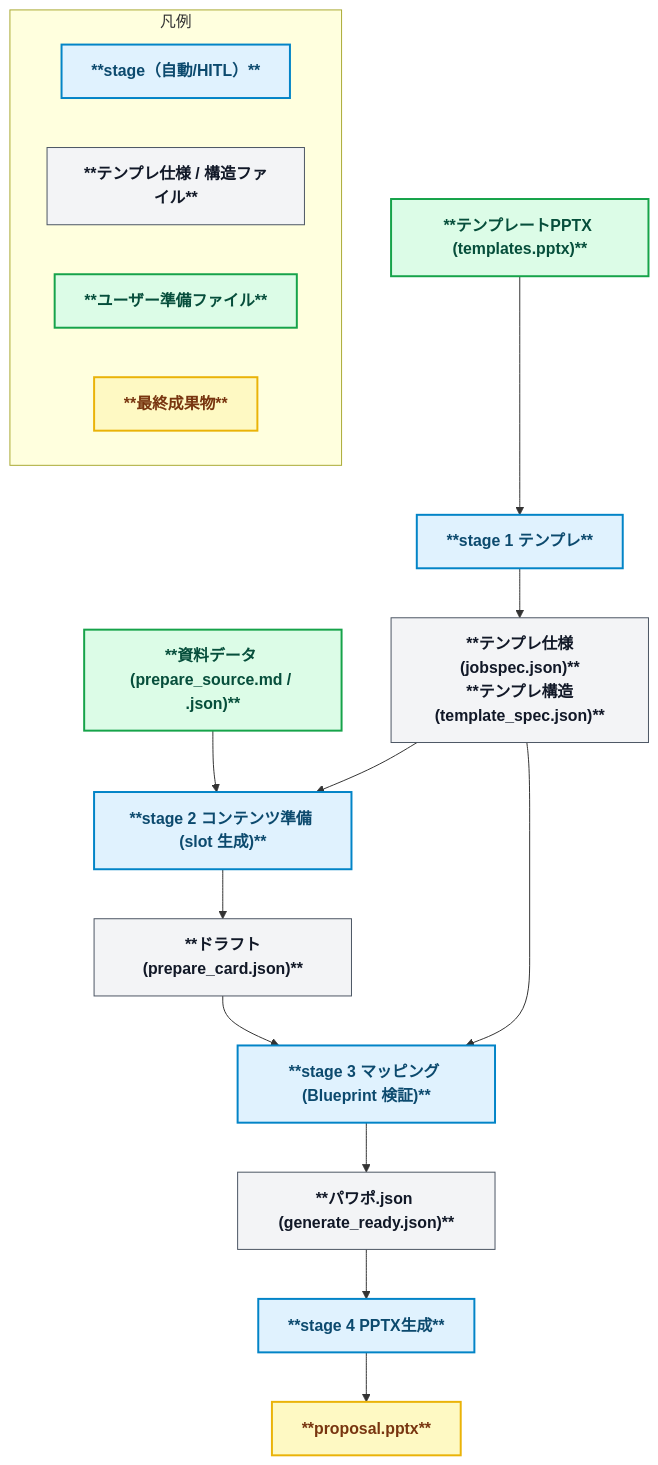
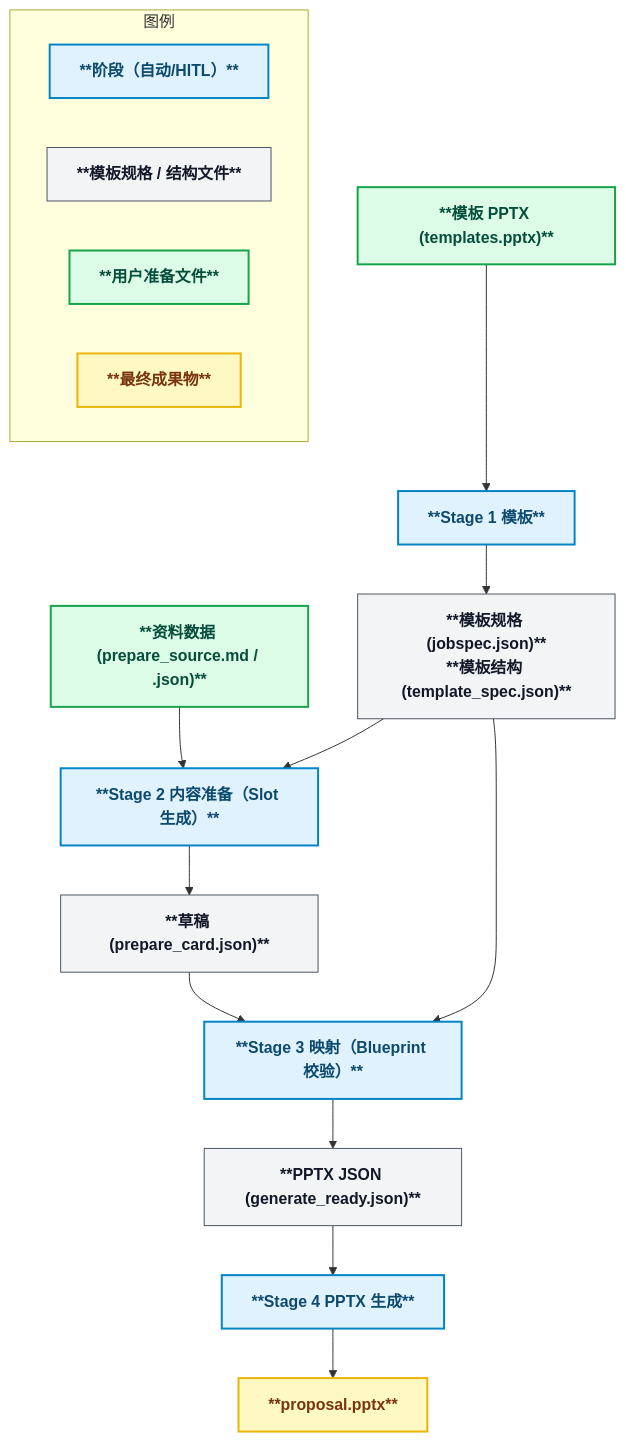
The second of 2 diagrams in README.zh.md (yurake/pptx_generator), drawn with Mermaid before and after one commit. The commit also changed other lines of this file and 1 other file, not shown here.

Commit message:
docs(readme): localize mermaid labels

````diff
--- a/README.zh.md
+++ b/README.zh.md
@@ -101,36 +101,36 @@
 ```mermaid
 flowchart TD
   %% ======= Styles =======
   classDef stage fill:#e0f2fe,stroke:#0284c7,stroke-width:2px,color:#0c4a6e,font-weight:bold;
   classDef file fill:#f3f4f6,stroke:#4b5563,stroke-width:1px,color:#111827,font-weight:bold;
   classDef userfile fill:#dcfce7,stroke:#16a34a,stroke-width:2px,color:#064e3b,font-weight:bold;
   classDef final fill:#fef9c3,stroke:#eab308,stroke-width:2px,color:#78350f,font-weight:bold;
 
   %% ======= Stage 1 =======
-  TmplStatic["**テンプレートPPTX (templates.pptx)**"]:::userfile --> S1Static["**stage 1 テンプレ**"]:::stage
-  S1Static --> SpecStatic["**テンプレ仕様(jobspec.json)**<br/>**テンプレ構造(template_spec.json)**"]:::file
+  TmplStatic["**模板 PPTX (templates.pptx)**"]:::userfile --> S1Static["**Stage 1 模板**"]:::stage
+  S1Static --> SpecStatic["**模板规格 (jobspec.json)**<br/>**模板结构 (template_spec.json)**"]:::file
 
   %% ======= Stage 2 =======
-  PrepareStatic["**資料データ (prepare_source.md / .json)**"]:::userfile --> S2Static["**stage 2 コンテンツ準備 (slot 生成)**"]:::stage
+  PrepareStatic["**资料数据 (prepare_source.md / .json)**"]:::userfile --> S2Static["**Stage 2 内容准备（Slot 生成）**"]:::stage
   SpecStatic --> S2Static
-  S2Static --> PrepareCardsStatic["**ドラフト(prepare_card.json)**"]:::file
+  S2Static --> PrepareCardsStatic["**草稿 (prepare_card.json)**"]:::file
   PrepareCardsStatic --> S3Static
 
   %% ======= Stage 3 =======
-  S3Static["**stage 3 マッピング (Blueprint 検証)**"]:::stage
+  S3Static["**Stage 3 映射（Blueprint 校验）**"]:::stage
   SpecStatic --> S3Static
-  S3Static --> ReadyStatic["**パワポ.json (generate_ready.json)**"]:::file
+  S3Static --> ReadyStatic["**PPTX JSON (generate_ready.json)**"]:::file
 
   %% ======= Stage 4 =======
-  ReadyStatic --> S4Static["**stage 4 PPTX生成**"]:::stage
+  ReadyStatic --> S4Static["**Stage 4 PPTX 生成**"]:::stage
   S4Static --> PPTXStatic["**proposal.pptx**"]:::final
 
   %% ======= Legend =======
-  subgraph LegendStatic[凡例]
+  subgraph LegendStatic[图例]
     direction LR
-    B1["**stage（自動/HITL）**"]:::stage
-    B2["**テンプレ仕様 / 構造ファイル**"]:::file
-    B3["**ユーザー準備ファイル**"]:::userfile
-    B4["**最終成果物**"]:::final
+    B1["**阶段（自动/HITL）**"]:::stage
+    B2["**模板规格 / 结构文件**"]:::file
+    B3["**用户准备文件**"]:::userfile
+    B4["**最终成果物**"]:::final
   end
 ```
````
